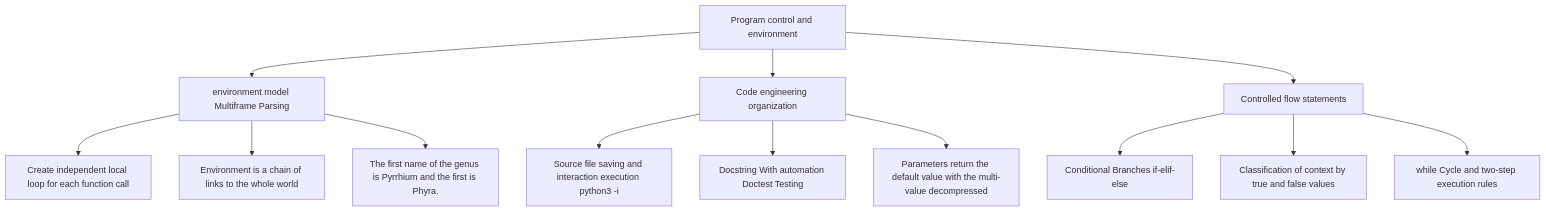
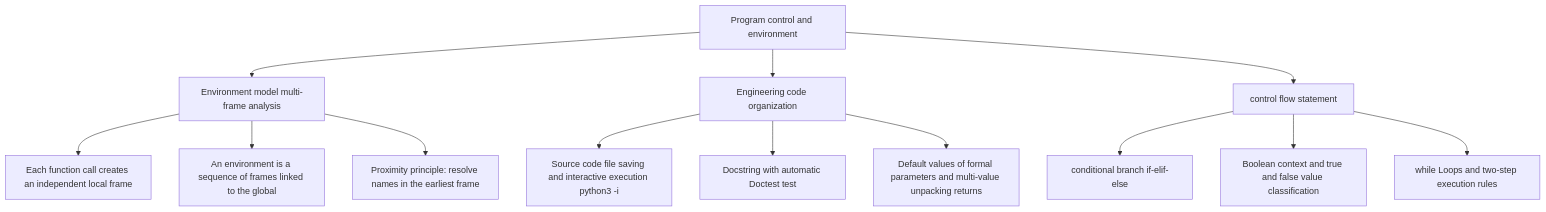
The diagram in src/content/translations/en/notes/cs61a/lecture-03.md (easonlines2007/easonlin-blog), drawn with Mermaid before and after one commit. The commit also changed other lines of this file and 158 other files, not shown here.

````diff
--- a/src/content/translations/en/notes/cs61a/lecture-03.md
+++ b/src/content/translations/en/notes/cs61a/lecture-03.md
@@ -369,18 +755,18 @@
 ```mermaid
 graph TD
-    A[Program control and environment] --> B[environment model Multiframe Parsing]
-    A --> C[Code engineering organization]
-    A --> D[Controlled flow statements]
+    A[Program control and environment] --> B[Environment model multi-frame analysis]
+    A --> C[Engineering code organization]
+    A --> D[control flow statement]
 
-    B --> B1[Create independent local loop for each function call]
-    B --> B2[Environment is a chain of links to the whole world]
-    B --> B3[The first name of the genus is Pyrrhium and the first is Phyra.]
+    B --> B1[Each function call creates an independent local frame]
+    B --> B2[An environment is a sequence of frames linked to the global]
+    B --> B3[Proximity principle: resolve names in the earliest frame]
 
-    C --> C1[Source file saving and interaction execution python3 -i]
-    C --> C2[Docstring With automation Doctest Testing]
-    C --> C3[Parameters return the default value with the multi-value decompressed]
+    C --> C1[Source code file saving and interactive execution python3 -i]
+    C --> C2[Docstring with automatic Doctest test]
+    C --> C3[Default values of formal parameters and multi-value unpacking returns]
 
-    D --> D1[Conditional Branches if-elif-else]
-    D --> D2[Classification of context by true and false values]
-    D --> D3[while Cycle and two-step execution rules]
+    D --> D1[conditional branch if-elif-else]
+    D --> D2[Boolean context and true and false value classification]
+    D --> D3[while Loops and two-step execution rules]
 ```
````
